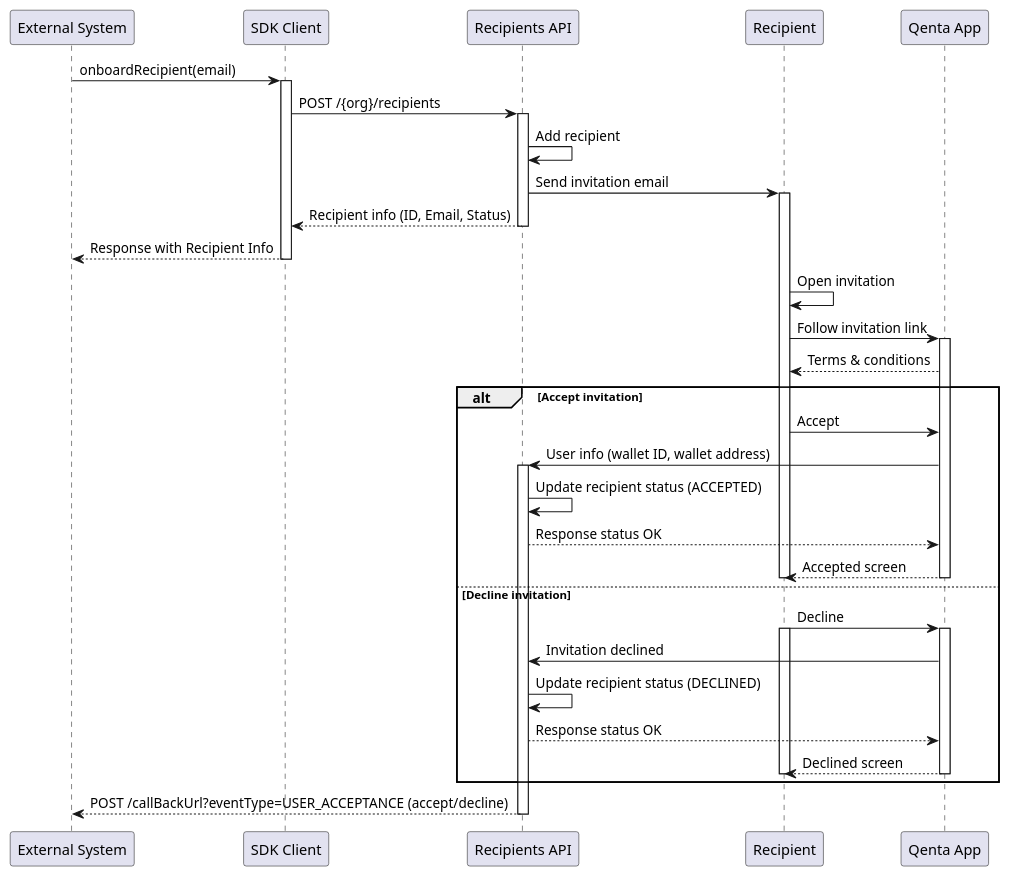
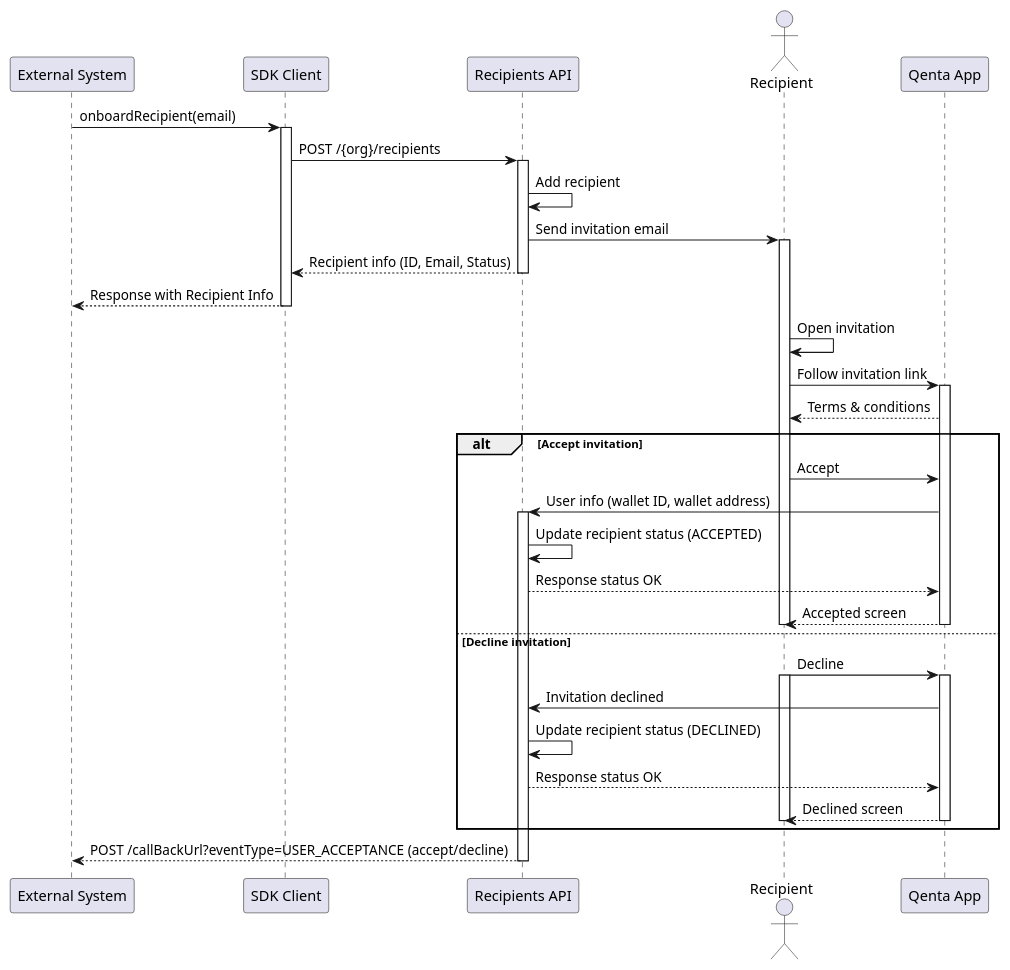
Before and after one commit to responsible-gold/pro-wallet-integration-decumentation: the diagram in use_cases/recipients/onboard_recipient_sequence.puml, drawn with PlantUML. The commit also changed 1 other file, not shown here.

Commit message:
doc: update onboard diagram

```diff
--- a/use_cases/recipients/onboard_recipient_sequence.puml
+++ b/use_cases/recipients/onboard_recipient_sequence.puml
@@ -1,58 +1,58 @@
 @startuml
 participant "External System" as Application
 participant "SDK Client" as SdkClient
 participant "Recipients API" as RecipientsAPI
-participant "Recipient" as Recipient
+actor "Recipient" as Recipient
 participant "Qenta App" as QentaApp
 
 Application -> SdkClient: onboardRecipient(email)
 activate SdkClient
 
 SdkClient -> RecipientsAPI: POST /{org}/recipients
 activate RecipientsAPI
 
 RecipientsAPI -> RecipientsAPI: Add recipient
 RecipientsAPI -> Recipient: Send invitation email
 activate Recipient
 
 RecipientsAPI --> SdkClient: Recipient info (ID, Email, Status)
 deactivate RecipientsAPI
 
 SdkClient --> Application: Response with Recipient Info
 deactivate SdkClient
 
 Recipient -> Recipient: Open invitation
 Recipient -> QentaApp: Follow invitation link
 activate QentaApp
 QentaApp --> Recipient: Terms & conditions
 alt Accept invitation
 
 Recipient -> QentaApp: Accept
 QentaApp -> RecipientsAPI: User info (wallet ID, wallet address)
 activate RecipientsAPI
 RecipientsAPI -> RecipientsAPI: Update recipient status (ACCEPTED)
 RecipientsAPI --> QentaApp: Response status OK
 
 QentaApp --> Recipient: Accepted screen
 deactivate Recipient
 deactivate QentaApp
 
 else Decline invitation
 Recipient -> QentaApp: Decline
 activate Recipient
 activate QentaApp
 QentaApp -> RecipientsAPI: Invitation declined
 
 RecipientsAPI -> RecipientsAPI: Update recipient status (DECLINED)
 RecipientsAPI --> QentaApp: Response status OK
 
 QentaApp --> Recipient: Declined screen
 deactivate Recipient
 deactivate QentaApp
 
 end
 
 RecipientsAPI --> Application: POST /callBackUrl?eventType=USER_ACCEPTANCE (accept/decline)
 deactivate RecipientsAPI
 
 @enduml
```
